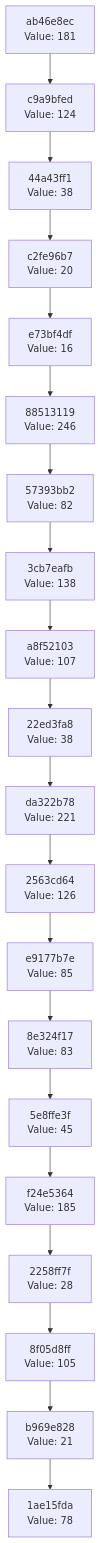
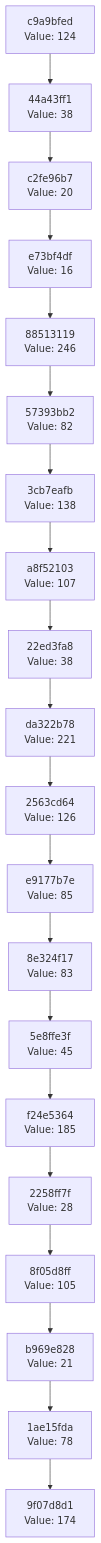
The diagram in docs/CHAIN_VISUALIZATION.md (Abhisheksinha1506/hash-chain-evolver), drawn with Mermaid before and after one commit. The commit also changed 2 other files, not shown here.

Commit message:
Evolution Step

````diff
--- a/docs/CHAIN_VISUALIZATION.md
+++ b/docs/CHAIN_VISUALIZATION.md
@@ -3,42 +3,42 @@
 ```mermaid
 graph TD
-    C0["1ae15fda<br/>Value: 78"]
-    C1["b969e828<br/>Value: 21"]
+    C0["9f07d8d1<br/>Value: 174"]
+    C1["1ae15fda<br/>Value: 78"]
     C1 --> C0
-    C2["8f05d8ff<br/>Value: 105"]
+    C2["b969e828<br/>Value: 21"]
     C2 --> C1
-    C3["2258ff7f<br/>Value: 28"]
+    C3["8f05d8ff<br/>Value: 105"]
     C3 --> C2
-    C4["f24e5364<br/>Value: 185"]
+    C4["2258ff7f<br/>Value: 28"]
     C4 --> C3
-    C5["5e8ffe3f<br/>Value: 45"]
+    C5["f24e5364<br/>Value: 185"]
     C5 --> C4
-    C6["8e324f17<br/>Value: 83"]
+    C6["5e8ffe3f<br/>Value: 45"]
     C6 --> C5
-    C7["e9177b7e<br/>Value: 85"]
+    C7["8e324f17<br/>Value: 83"]
     C7 --> C6
-    C8["2563cd64<br/>Value: 126"]
+    C8["e9177b7e<br/>Value: 85"]
     C8 --> C7
-    C9["da322b78<br/>Value: 221"]
+    C9["2563cd64<br/>Value: 126"]
     C9 --> C8
-    C10["22ed3fa8<br/>Value: 38"]
+    C10["da322b78<br/>Value: 221"]
     C10 --> C9
-    C11["a8f52103<br/>Value: 107"]
+    C11["22ed3fa8<br/>Value: 38"]
     C11 --> C10
-    C12["3cb7eafb<br/>Value: 138"]
+    C12["a8f52103<br/>Value: 107"]
     C12 --> C11
-    C13["57393bb2<br/>Value: 82"]
+    C13["3cb7eafb<br/>Value: 138"]
     C13 --> C12
-    C14["88513119<br/>Value: 246"]
+    C14["57393bb2<br/>Value: 82"]
     C14 --> C13
-    C15["e73bf4df<br/>Value: 16"]
+    C15["88513119<br/>Value: 246"]
     C15 --> C14
-    C16["c2fe96b7<br/>Value: 20"]
+    C16["e73bf4df<br/>Value: 16"]
     C16 --> C15
-    C17["44a43ff1<br/>Value: 38"]
+    C17["c2fe96b7<br/>Value: 20"]
     C17 --> C16
-    C18["c9a9bfed<br/>Value: 124"]
+    C18["44a43ff1<br/>Value: 38"]
     C18 --> C17
-    C19["ab46e8ec<br/>Value: 181"]
+    C19["c9a9bfed<br/>Value: 124"]
     C19 --> C18
 ```
````
